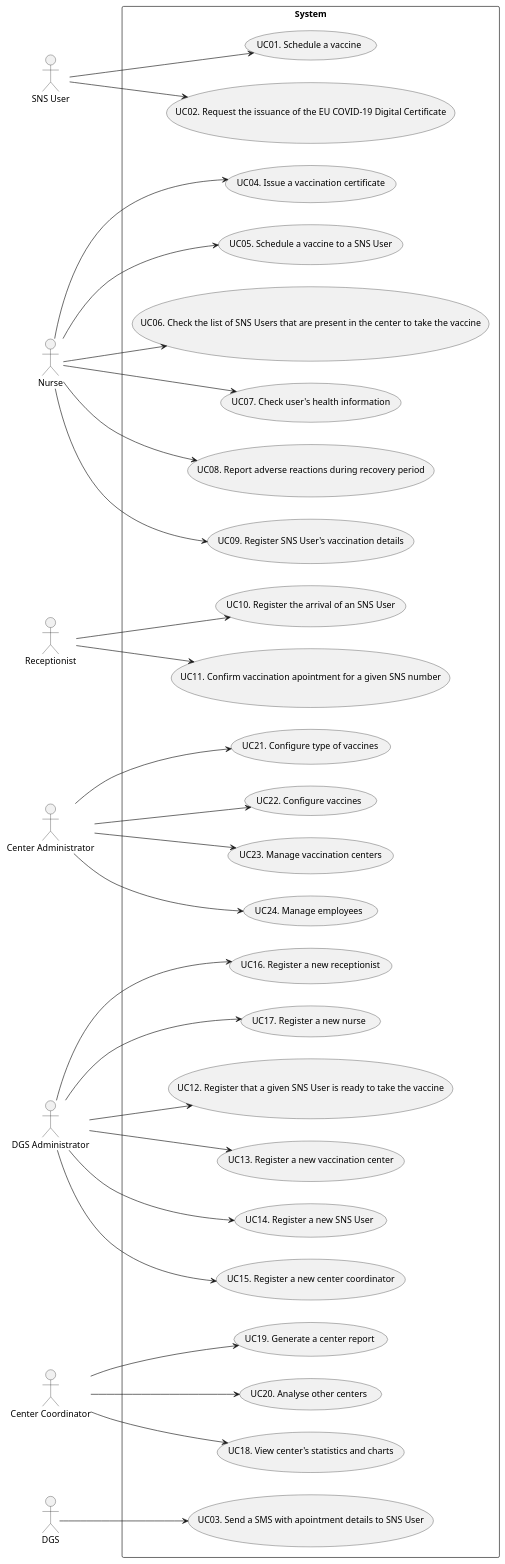
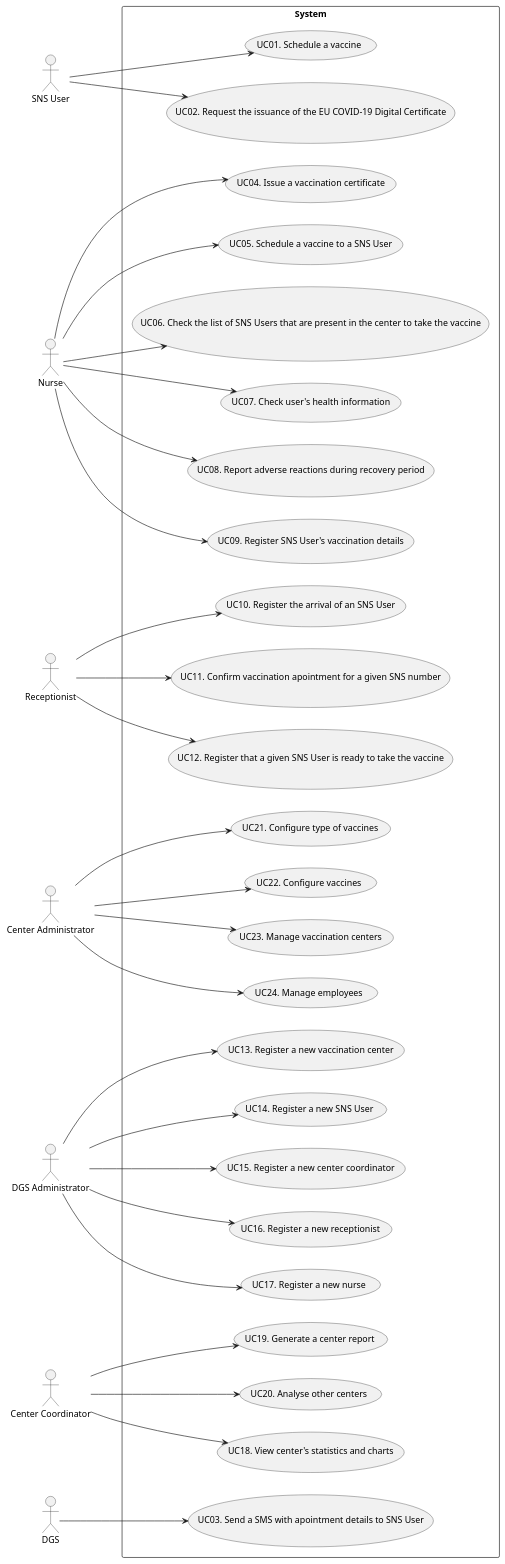
The diagram in docs/SprintA/UCD.puml (miseEnPlace-i/lapr2), drawn with PlantUML before and after one commit.

Commit message:
fix(docs): incorrect uc to receptionist

```diff
--- a/docs/SprintA/UCD.puml
+++ b/docs/SprintA/UCD.puml
@@ -1,65 +1,65 @@
 @startuml UCD
 
 left to right direction
 
 actor "SNS User" as user
 actor "Nurse" as nurse
 actor "Receptionist" as recept
 actor "Center Administrator" as cadmin
 actor "DGS Administrator" as dgsadmin
 actor "Center Coordinator" as coordinator
 actor "DGS" as dgs
 
 rectangle System {
   usecase "UC01. Schedule a vaccine" as UC01
   usecase "UC02. Request the issuance of the EU COVID-19 Digital Certificate" as UC02
   usecase "UC03. Send a SMS with apointment details to SNS User" as UC03
   usecase "UC04. Issue a vaccination certificate" as UC04
   usecase "UC05. Schedule a vaccine to a SNS User" as UC05
   usecase "UC06. Check the list of SNS Users that are present in the center to take the vaccine" as UC06
   usecase "UC07. Check user's health information" as UC07
   usecase "UC08. Report adverse reactions during recovery period" as UC08
   usecase "UC09. Register SNS User's vaccination details" as UC09
   usecase "UC10. Register the arrival of an SNS User" as UC10
   usecase "UC11. Confirm vaccination apointment for a given SNS number" as UC11
   usecase "UC12. Register that a given SNS User is ready to take the vaccine" as UC12
   usecase "UC13. Register a new vaccination center" as UC13
   usecase "UC14. Register a new SNS User" as UC14
   usecase "UC15. Register a new center coordinator" as UC15
   usecase "UC16. Register a new receptionist" as UC16
   usecase "UC17. Register a new nurse" as UC17
   usecase "UC18. View center's statistics and charts" as UC18
   usecase "UC19. Generate a center report" as UC19
   usecase "UC20. Analyse other centers" as UC20
   usecase "UC21. Configure type of vaccines" as UC21
   usecase "UC22. Configure vaccines" as UC22
   usecase "UC23. Manage vaccination centers" as UC23
   usecase "UC24. Manage employees" as UC24
 }
 
 user --> UC01
 user --> UC02
 dgs --> UC03
 nurse --> UC04
 nurse --> UC05
 nurse --> UC06
 nurse --> UC07
 nurse --> UC08
 nurse --> UC09
 recept --> UC10
 recept --> UC11
-dgsadmin --> UC12
+recept --> UC12
 dgsadmin --> UC13
 dgsadmin --> UC14
 dgsadmin --> UC15
 dgsadmin --> UC16
 dgsadmin --> UC17
 coordinator --> UC18
 coordinator --> UC19
 coordinator --> UC20
 cadmin --> UC21
 cadmin --> UC22
 cadmin --> UC23
 cadmin --> UC24
 
 @enduml
```
